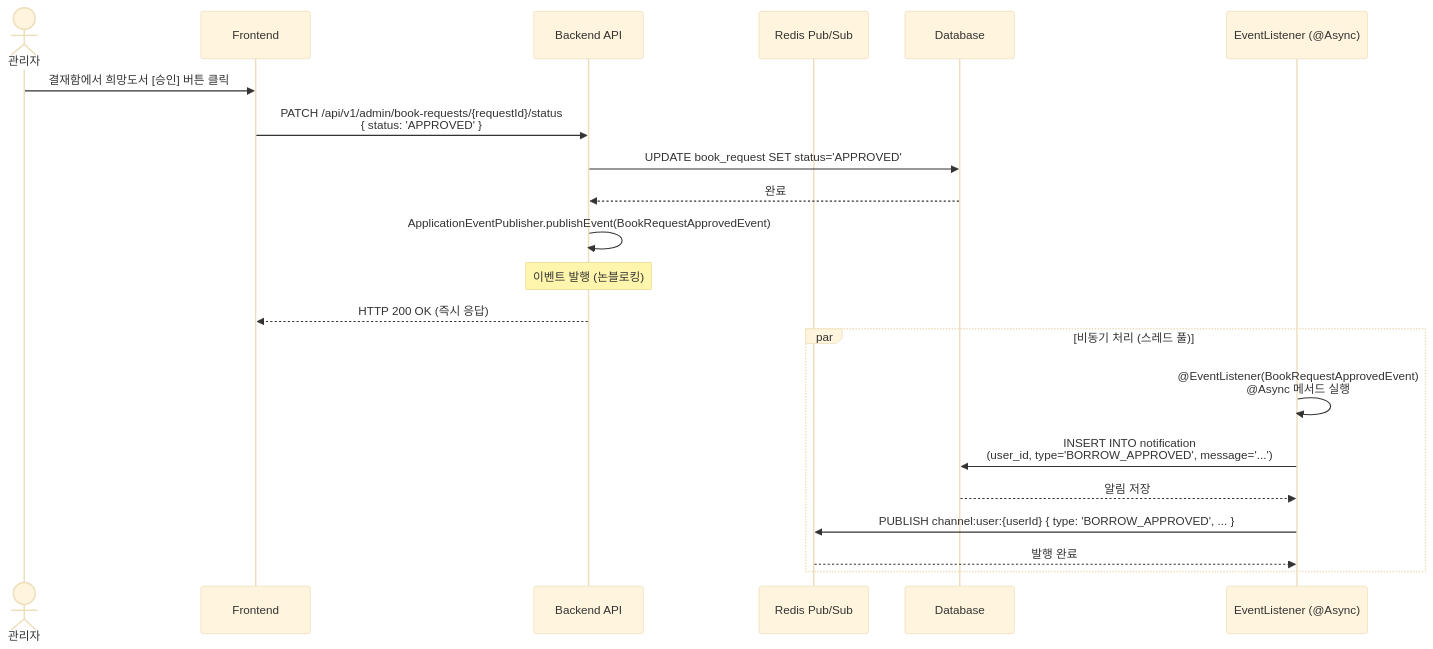
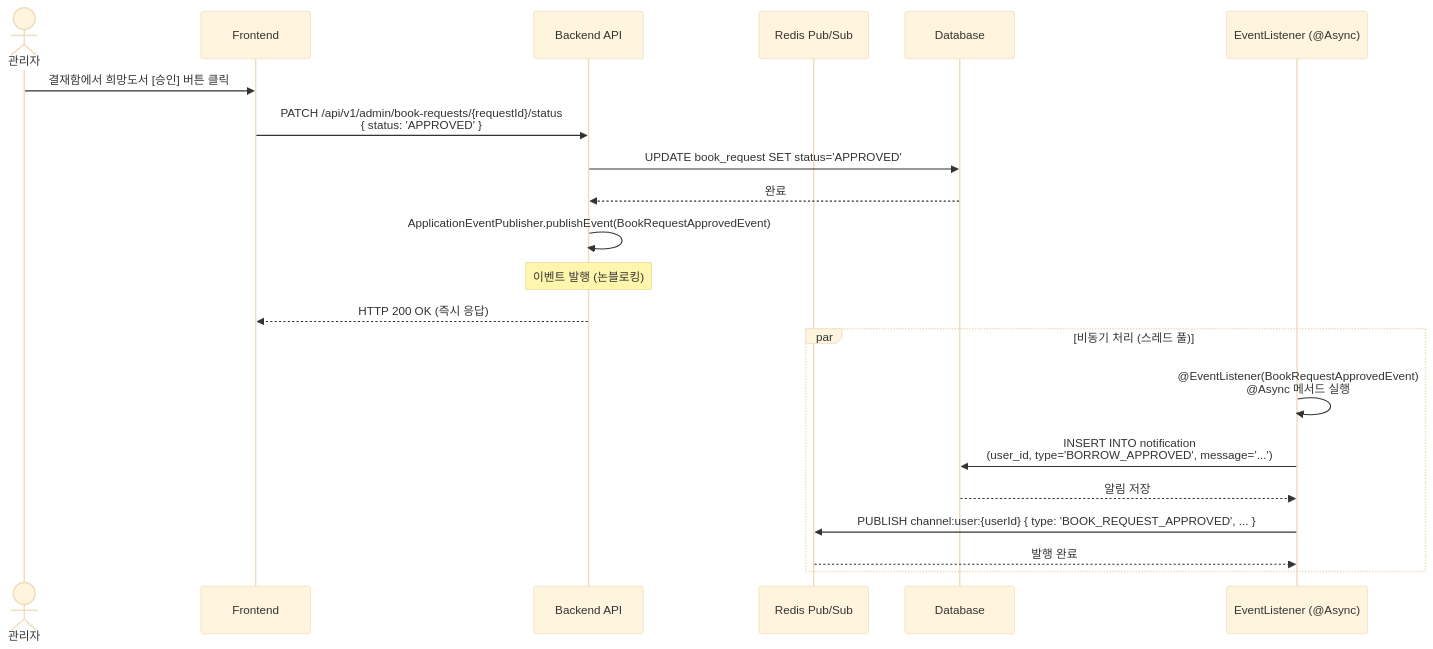
The first of 7 diagrams in docs/02_design/architecture/sequence/notification_sequence.md (Boogieman-lab/book-management-system), drawn with Mermaid (base theme) before and after one commit. The commit also changed other lines of this file and 7 other files, not shown here.

````diff
--- a/docs/02_design/architecture/sequence/notification_sequence.md
+++ b/docs/02_design/architecture/sequence/notification_sequence.md
@@ -9,30 +9,30 @@
 ```mermaid
 sequenceDiagram
     actor Admin as 관리자
     participant Client as Frontend
     participant Server as Backend API
     participant Redis as Redis Pub/Sub
     participant DB as Database
     participant Event as EventListener (@Async)
 
     Admin->>Client: 결재함에서 희망도서 [승인] 버튼 클릭
     Client->>Server: PATCH /api/v1/admin/book-requests/{requestId}/status<br>{ status: 'APPROVED' }
 
     Server->>DB: UPDATE book_request SET status='APPROVED'
     DB-->>Server: 완료
 
     Server->>Server: ApplicationEventPublisher.publishEvent(BookRequestApprovedEvent)
     Note over Server: 이벤트 발행 (논블로킹)
 
     Server-->>Client: HTTP 200 OK (즉시 응답)
 
     par 비동기 처리 (스레드 풀)
         Event->>Event: @EventListener(BookRequestApprovedEvent)<br>@Async 메서드 실행
 
         Event->>DB: INSERT INTO notification<br>(user_id, type='BORROW_APPROVED', message='...')
         DB-->>Event: 알림 저장
 
-        Event->>Redis: PUBLISH channel:user:{userId} { type: 'BORROW_APPROVED', ... }
+        Event->>Redis: PUBLISH channel:user:{userId} { type: 'BOOK_REQUEST_APPROVED', ... }
         Redis-->>Event: 발행 완료
     end
 ```
````
